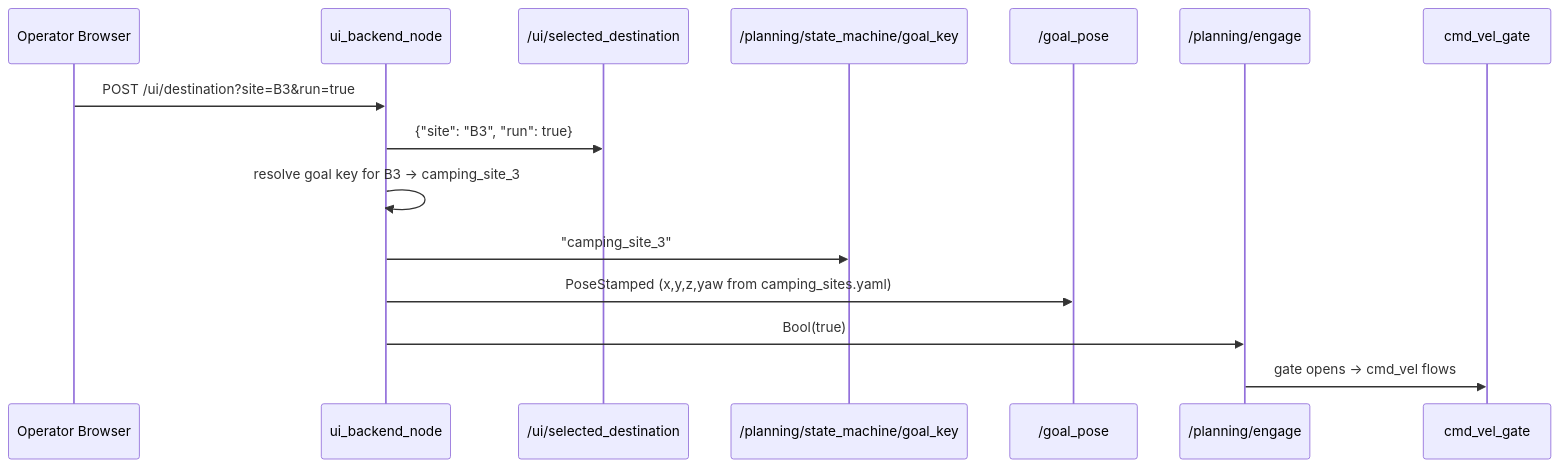
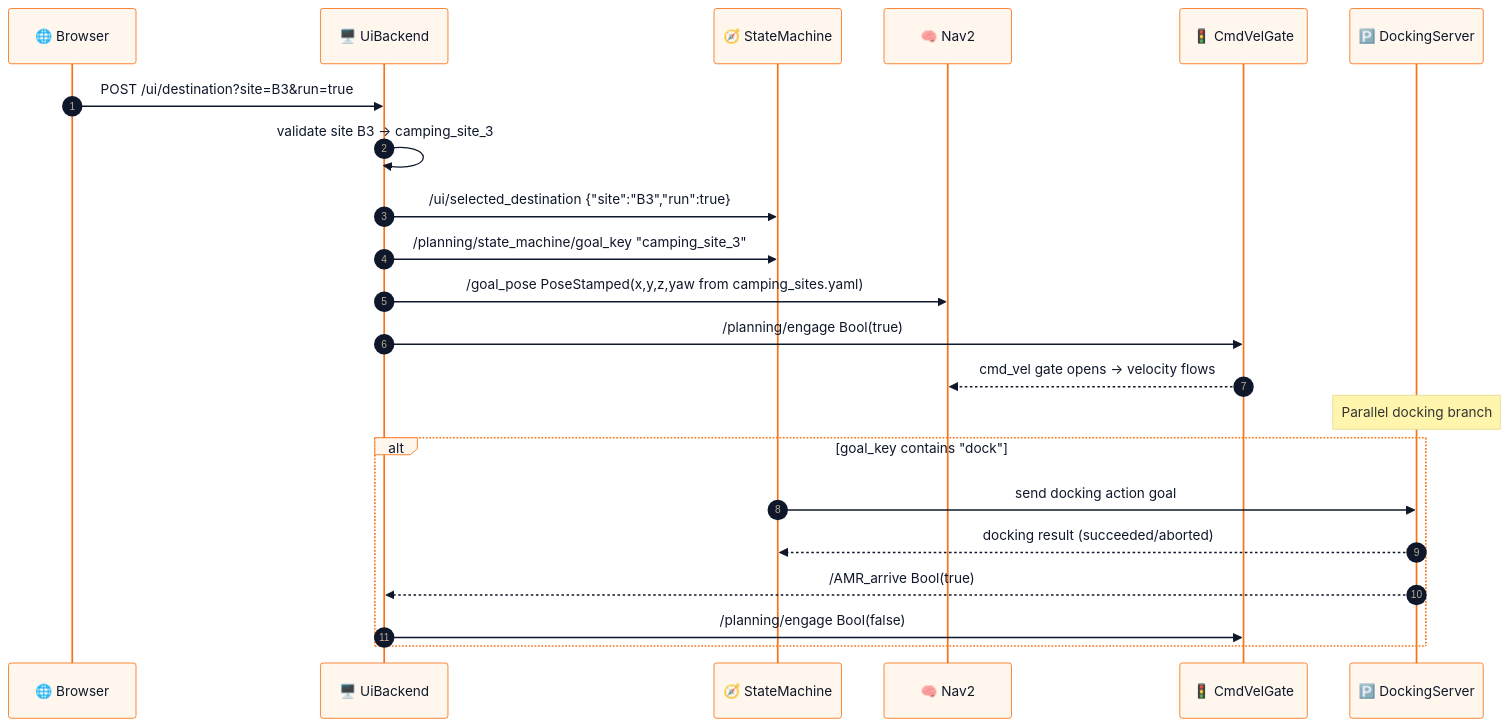
One commit to hwanhonglee/CAMROD changed the third of 5 diagrams in camrod_ui/README.md. Above: the diagram before and after it, drawn with Mermaid. The commit also changed other lines of this file and 12 other files, not shown here.

````diff
--- a/camrod_ui/README.md
+++ b/camrod_ui/README.md
@@ -121,18 +115,27 @@
 ```mermaid
+%%{init: {'theme': 'base', 'themeVariables': {'fontFamily': 'ui-sans-serif, system-ui, sans-serif', 'fontSize': '14px', 'primaryColor': '#FFF7ED', 'primaryTextColor': '#0F172A', 'primaryBorderColor': '#F97316', 'lineColor': '#475569'}}}%%
 sequenceDiagram
-  participant Browser as Operator Browser
-  participant Backend as ui_backend_node
-  participant DestTopic as /ui/selected_destination
-  participant GoalKey as /planning/state_machine/goal_key
-  participant GoalPose as /goal_pose
-  participant Engage as /planning/engage
-  participant Gate as cmd_vel_gate
+  autonumber
+  participant Browser as 🌐 Browser
+  participant Backend as 🖥️ UiBackend
+  participant SM as 🧭 StateMachine
+  participant Nav2 as 🧠 Nav2
+  participant Gate as 🚦 CmdVelGate
+  participant Dock as 🅿️ DockingServer
 
   Browser->>Backend: POST /ui/destination?site=B3&run=true
-  Backend->>DestTopic: {"site": "B3", "run": true}
-  Backend->>Backend: resolve goal key for B3 → camping_site_3
-  Backend->>GoalKey: "camping_site_3"
-  Backend->>GoalPose: PoseStamped (x,y,z,yaw from camping_sites.yaml)
-  Backend->>Engage: Bool(true)
-  Engage->>Gate: gate opens → cmd_vel flows
+  Backend->>Backend: validate site B3 → camping_site_3
+  Backend->>SM: /ui/selected_destination {"site":"B3","run":true}
+  Backend->>SM: /planning/state_machine/goal_key "camping_site_3"
+  Backend->>Nav2: /goal_pose PoseStamped(x,y,z,yaw from camping_sites.yaml)
+  Backend->>Gate: /planning/engage Bool(true)
+  Gate-->>Nav2: cmd_vel gate opens → velocity flows
+
+  Note over Dock: Parallel docking branch
+  alt goal_key contains "dock"
+    SM->>Dock: send docking action goal
+    Dock-->>SM: docking result (succeeded/aborted)
+    Dock-->>Backend: /AMR_arrive Bool(true)
+    Backend->>Gate: /planning/engage Bool(false)
+  end
 ```
````
